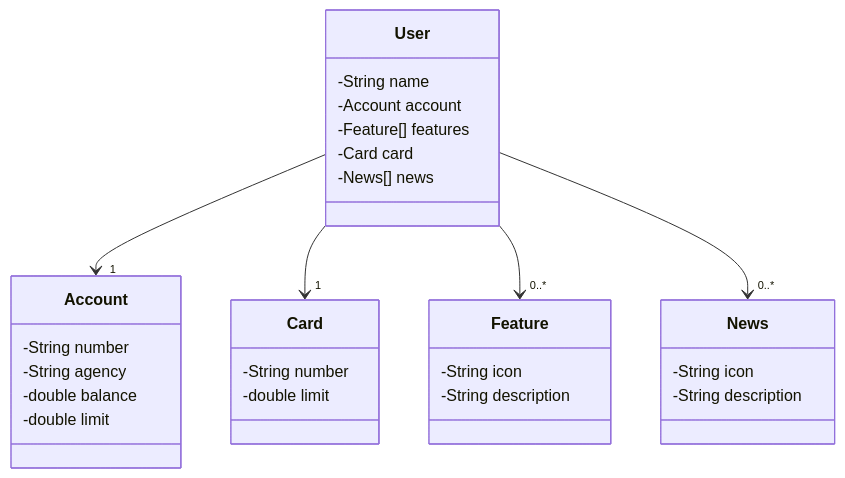
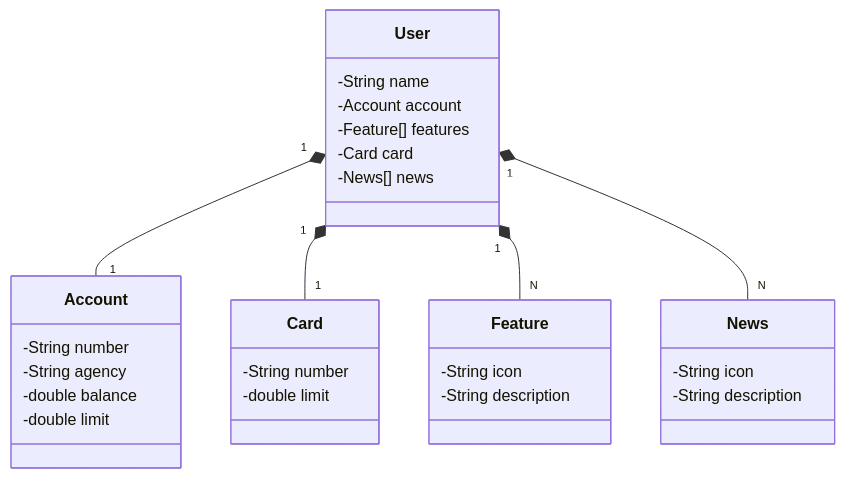
One commit to MSouza27/santander-dev-week-2023 changed the diagram in README.md. Above: the diagram before and after it, drawn with Mermaid.

````diff
--- a/README.md
+++ b/README.md
@@ -6,39 +6,39 @@
 ```mermaid
 classDiagram
     class User {
         -String name
         -Account account
         -Feature[] features
         -Card card
         -News[] news
     }
 
     class Account {
         -String number
         -String agency
         -double balance
         -double limit
     }
 
     class Feature {
         -String icon
         -String description
     }
 
     class Card {
         -String number
         -double limit
     }
 
     class News {
         -String icon
         -String description
     }
 
-    User --> "1" Account
-    User --> "1" Card
-    User --> "0..*" Feature
-    User --> "0..*" News
+    User "1" *--"1" Account
+    User "1" *-- "1" Card
+    User "1" *-- "N" Feature
+    User "1" *-- "N" News
 
 
 ```
````
